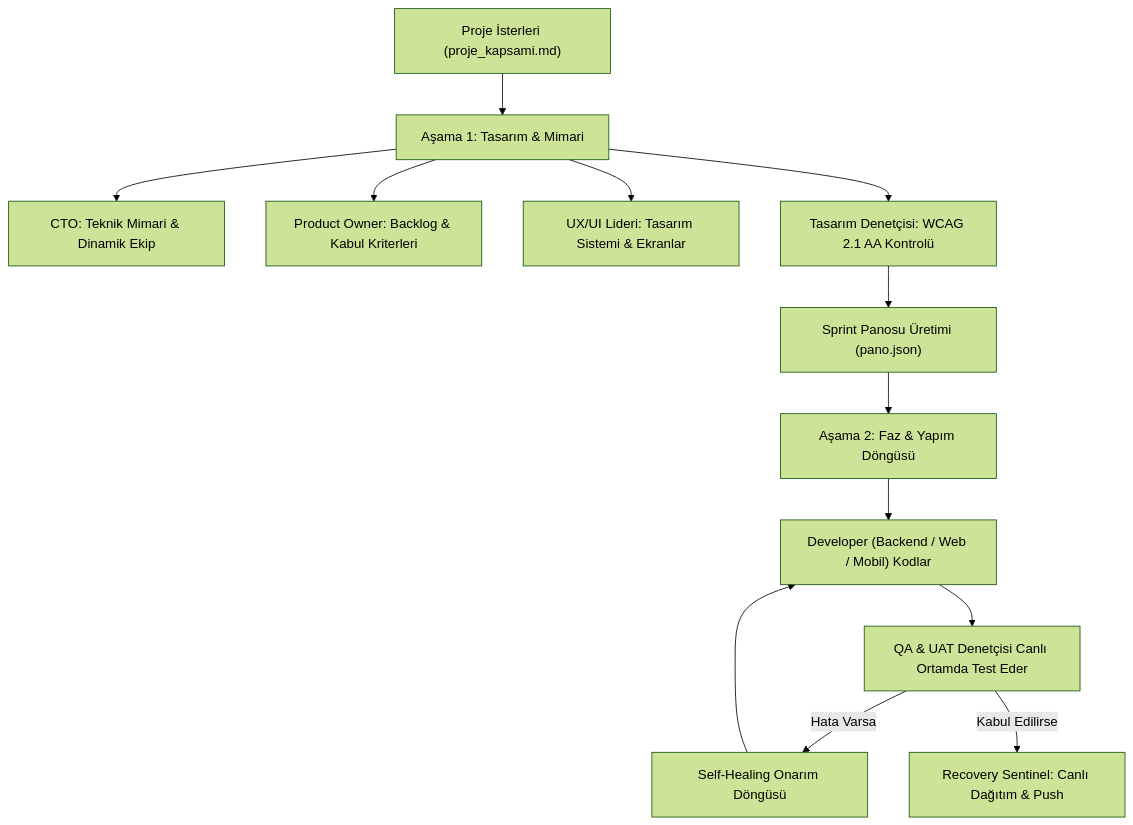
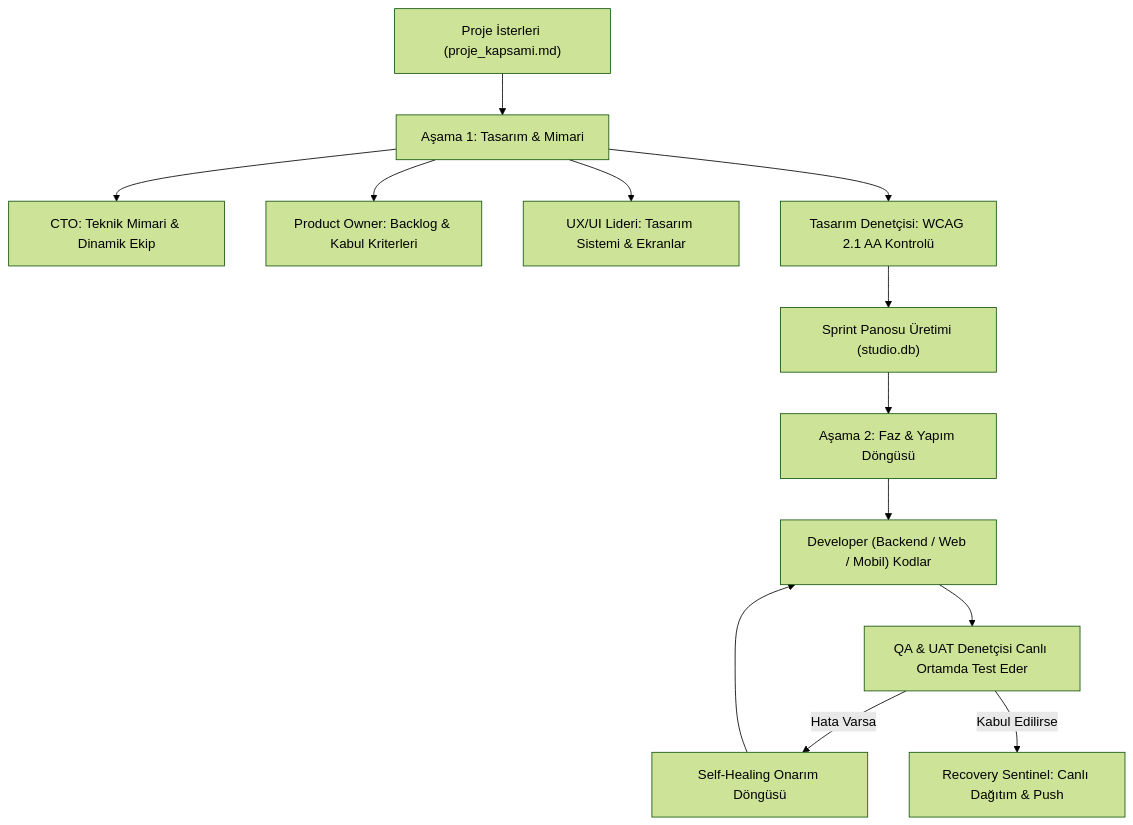
The diagram in README.md (cihan53/digital-software-studio), drawn with Mermaid (forest theme) before and after one commit. The commit also changed other lines of this file and 7 other files, not shown here.

````diff
--- a/README.md
+++ b/README.md
@@ -37,17 +37,17 @@
 ```mermaid
 flowchart TD
     A["Proje İsterleri (proje_kapsami.md)"] --> B["Aşama 1: Tasarım & Mimari"]
     B --> C["CTO: Teknik Mimari & Dinamik Ekip"]
     B --> D["Product Owner: Backlog & Kabul Kriterleri"]
     B --> E["UX/UI Lideri: Tasarım Sistemi & Ekranlar"]
     B --> F["Tasarım Denetçisi: WCAG 2.1 AA Kontrolü"]
     
-    F --> G["Sprint Panosu Üretimi (pano.json)"]
+    F --> G["Sprint Panosu Üretimi (studio.db)"]
     G --> H["Aşama 2: Faz & Yapım Döngüsü"]
     
     H --> I["Developer (Backend / Web / Mobil) Kodlar"]
     I --> J["QA & UAT Denetçisi Canlı Ortamda Test Eder"]
     J -->|"Hata Varsa"| K["Self-Healing Onarım Döngüsü"]
     K --> I
     J -->|"Kabul Edilirse"| L["Recovery Sentinel: Canlı Dağıtım & Push"]
 ```
````
